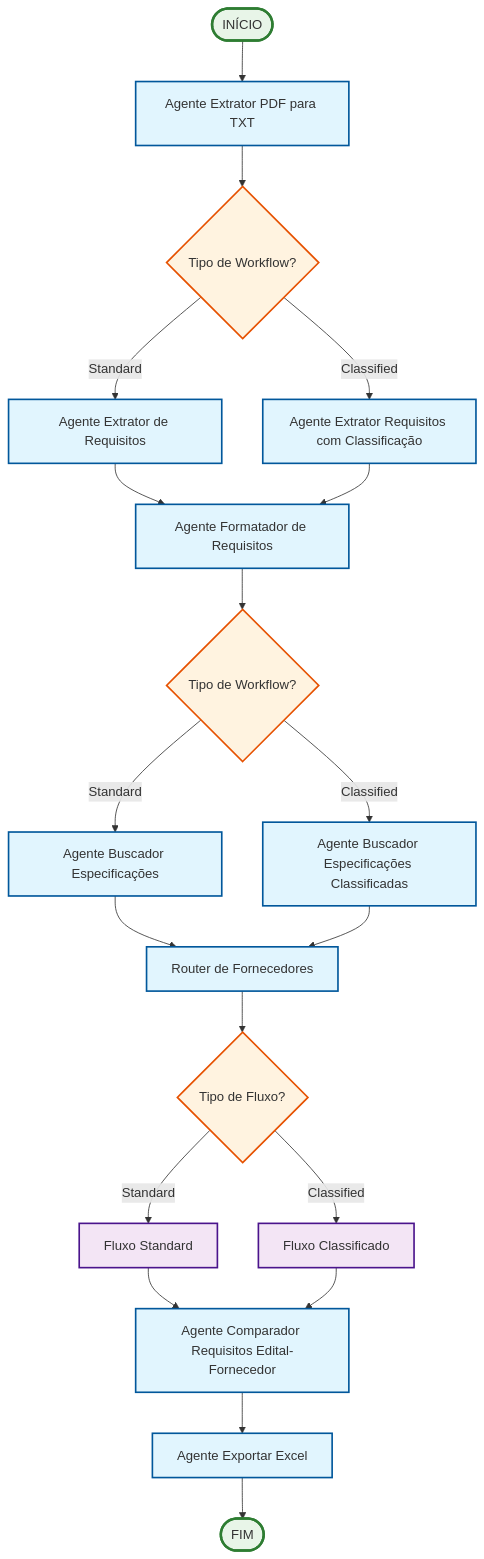
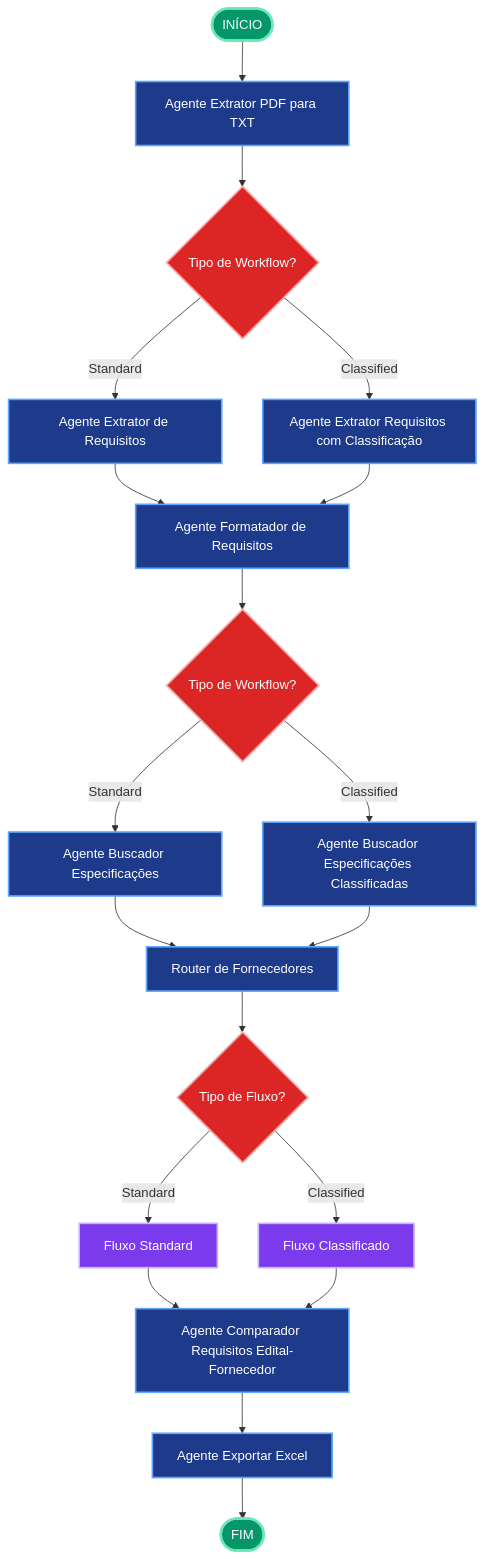
One commit to ElissonRodrigues/fluxograma changed the first of 6 diagrams in README.md. Above: the diagram before and after it, drawn with Mermaid. The commit also changed other lines of this file, not shown here.

Commit message:
Update README for dark mode styling changes

````diff
--- a/README.md
+++ b/README.md
@@ -8,42 +8,42 @@
 ```mermaid
 flowchart TD
     START([INÍCIO]) --> PDF[Agente Extrator PDF para TXT]
     
     PDF --> DECISION1{Tipo de Workflow?}
     
     DECISION1 -->|Standard| EXTRATOR[Agente Extrator de Requisitos]
     DECISION1 -->|Classified| EXTRATOR_CLASS[Agente Extrator Requisitos com Classificação]
     
     EXTRATOR --> FORMATADOR[Agente Formatador de Requisitos]
     EXTRATOR_CLASS --> FORMATADOR
     
     FORMATADOR --> DECISION2{Tipo de Workflow?}
     
     DECISION2 -->|Standard| BUSCADOR[Agente Buscador Especificações]
     DECISION2 -->|Classified| BUSCADOR_CLASS[Agente Buscador Especificações Classificadas]
     
     BUSCADOR --> ROUTER[Router de Fornecedores]
     BUSCADOR_CLASS --> ROUTER
     
     ROUTER --> DECISION3{Tipo de Fluxo?}
     
     DECISION3 -->|Standard| STANDARD_FLOW[Fluxo Standard]
     DECISION3 -->|Classified| CLASSIFIED_FLOW[Fluxo Classificado]
     
     STANDARD_FLOW --> COMPARADOR[Agente Comparador Requisitos Edital-Fornecedor]
     CLASSIFIED_FLOW --> COMPARADOR
     
     COMPARADOR --> EXCEL[Agente Exportar Excel]
     EXCEL --> END([FIM])
     
-    %% Styling
-    classDef agentClass fill:#e1f5fe,stroke:#01579b,stroke-width:2px
-    classDef decisionClass fill:#fff3e0,stroke:#e65100,stroke-width:2px
-    classDef flowClass fill:#f3e5f5,stroke:#4a148c,stroke-width:2px
-    classDef startEndClass fill:#e8f5e8,stroke:#2e7d32,stroke-width:3px
+    %% Styling para modo escuro
+    classDef agentClass fill:#1e3a8a,stroke:#60a5fa,stroke-width:2px,color:#ffffff
+    classDef decisionClass fill:#dc2626,stroke:#fca5a5,stroke-width:2px,color:#ffffff
+    classDef flowClass fill:#7c3aed,stroke:#c4b5fd,stroke-width:2px,color:#ffffff
+    classDef startEndClass fill:#059669,stroke:#6ee7b7,stroke-width:3px,color:#ffffff
     
     class PDF,EXTRATOR,EXTRATOR_CLASS,FORMATADOR,BUSCADOR,BUSCADOR_CLASS,ROUTER,COMPARADOR,EXCEL agentClass
     class DECISION1,DECISION2,DECISION3 decisionClass
     class STANDARD_FLOW,CLASSIFIED_FLOW flowClass
     class START,END startEndClass
 ```
````
